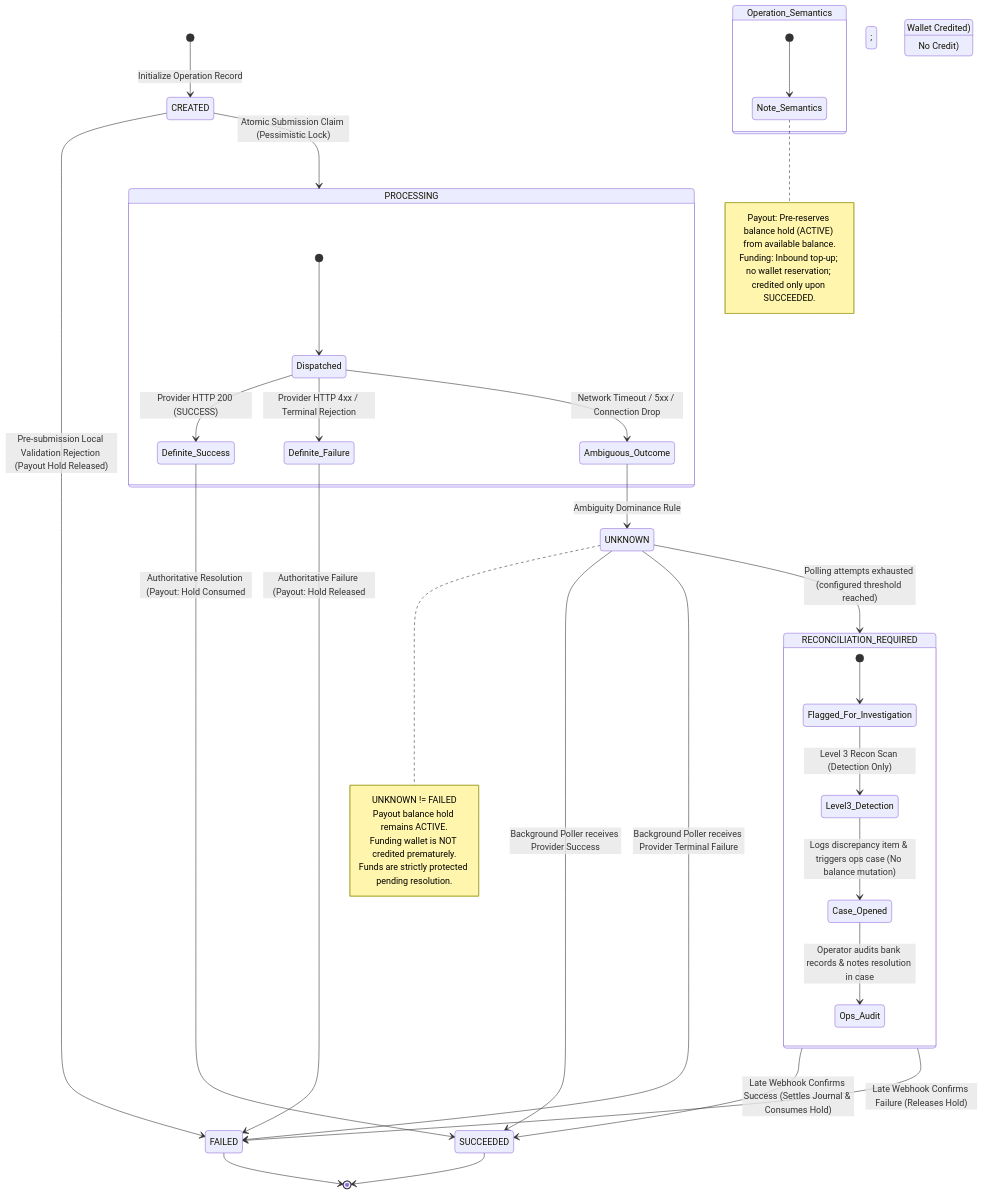
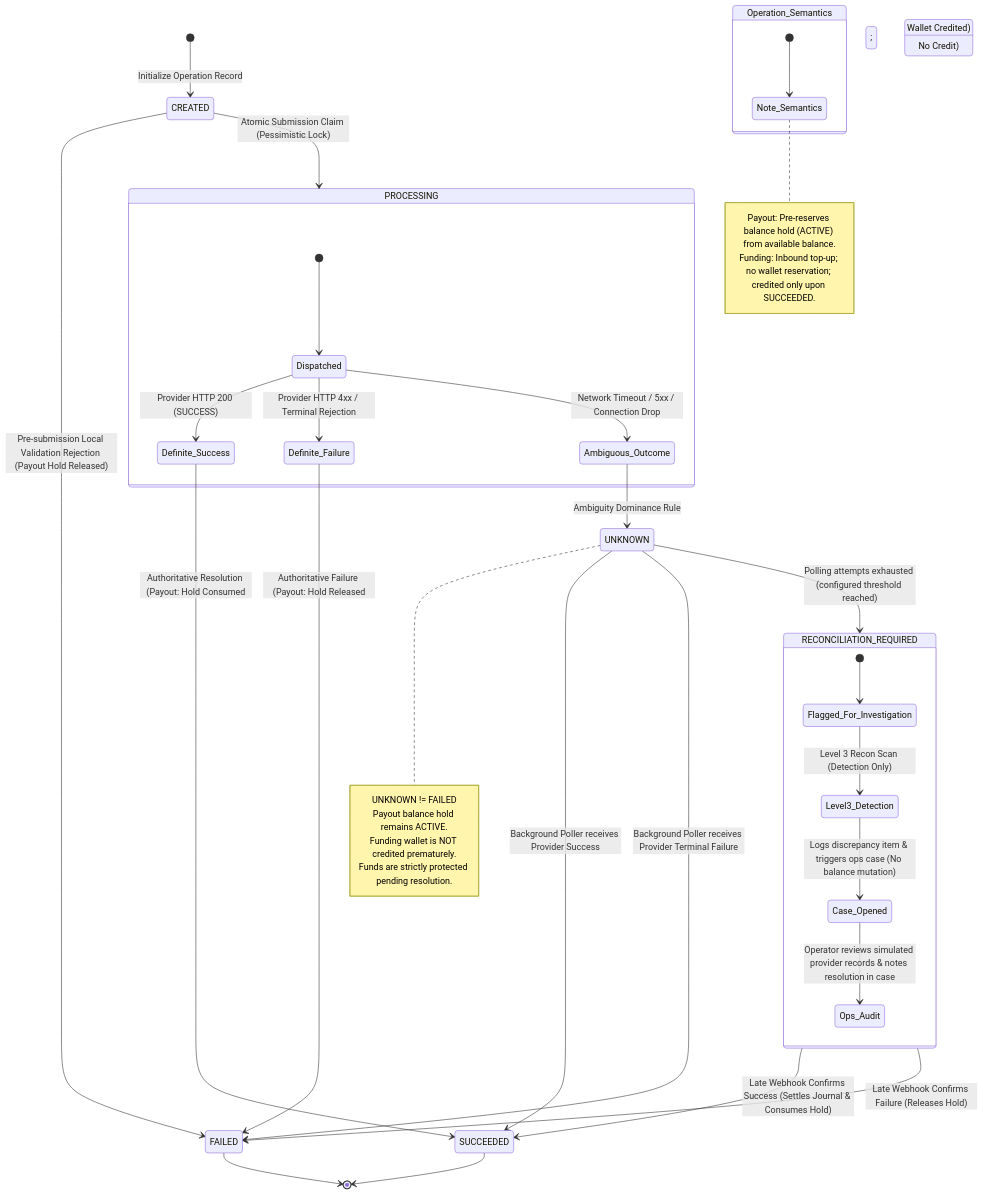
One commit to manishjangid1499-cell/ledgerguard changed the third of 3 diagrams in README.md. Above: the diagram before and after it, drawn with Mermaid. The commit also changed other lines of this file and 3 other files, not shown here.

````diff
--- a/README.md
+++ b/README.md
@@ -238,50 +252,50 @@
 ```mermaid
 stateDiagram-v2
     [*] --> CREATED: Initialize Operation Record
 
     state Operation_Semantics {
         [*] --> Note_Semantics
         note right of Note_Semantics
             Payout: Pre-reserves balance hold (ACTIVE) from available balance.
             Funding: Inbound top-up; no wallet reservation; credited only upon SUCCEEDED.
         end note
     }
 
     CREATED --> PROCESSING: Atomic Submission Claim (Pessimistic Lock)
     CREATED --> FAILED: Pre-submission Local Validation Rejection (Payout Hold Released)
 
     state PROCESSING {
         [*] --> Dispatched
         Dispatched --> Definite_Success: Provider HTTP 200 (SUCCESS)
         Dispatched --> Definite_Failure: Provider HTTP 4xx / Terminal Rejection
         Dispatched --> Ambiguous_Outcome: Network Timeout / 5xx / Connection Drop
     }
 
     Definite_Success --> SUCCEEDED: Authoritative Resolution (Payout: Hold Consumed; Funding: Wallet Credited)
     Definite_Failure --> FAILED: Authoritative Failure (Payout: Hold Released; Funding: No Credit)
 
     Ambiguous_Outcome --> UNKNOWN: Ambiguity Dominance Rule
     note right of UNKNOWN
         UNKNOWN != FAILED
         Payout balance hold remains ACTIVE.
         Funding wallet is NOT credited prematurely.
         Funds are strictly protected pending resolution.
     end note
 
     UNKNOWN --> SUCCEEDED: Background Poller receives Provider Success
     UNKNOWN --> FAILED: Background Poller receives Provider Terminal Failure
     UNKNOWN --> RECONCILIATION_REQUIRED: Polling attempts exhausted (configured threshold reached)
 
     state RECONCILIATION_REQUIRED {
         [*] --> Flagged_For_Investigation
         Flagged_For_Investigation --> Level3_Detection: Level 3 Recon Scan (Detection Only)
         Level3_Detection --> Case_Opened: Logs discrepancy item & triggers ops case (No balance mutation)
-        Case_Opened --> Ops_Audit: Operator audits bank records & notes resolution in case
+        Case_Opened --> Ops_Audit: Operator reviews simulated provider records & notes resolution in case
     }
 
     RECONCILIATION_REQUIRED --> SUCCEEDED: Late Webhook Confirms Success (Settles Journal & Consumes Hold)
     RECONCILIATION_REQUIRED --> FAILED: Late Webhook Confirms Failure (Releases Hold)
 
     SUCCEEDED --> [*]
     FAILED --> [*]
 ```
````
